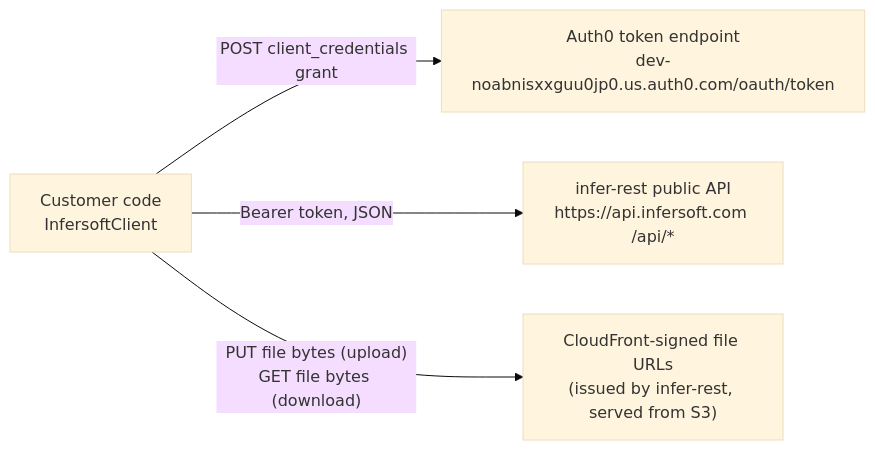
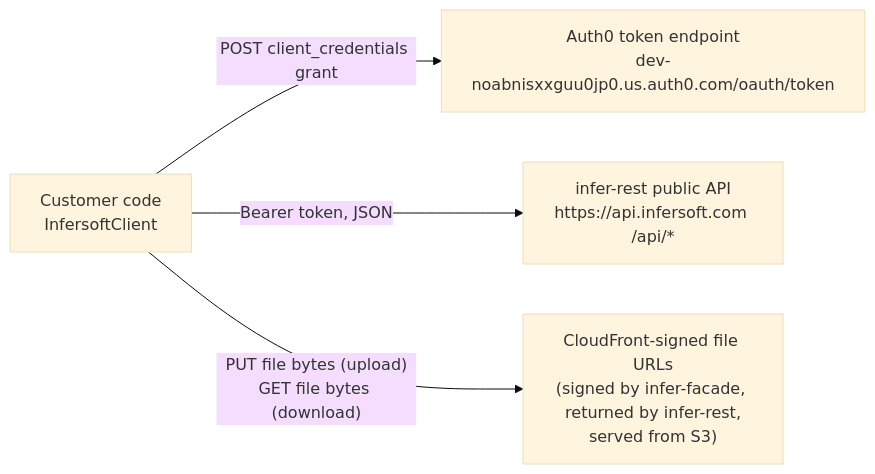
The first of 2 diagrams in docs/MAINTAINING.md (InferSoft-inc/infer-dotnet), drawn with Mermaid (base theme) before and after one commit. The commit also changed other lines of this file and 3 other files, not shown here.

````diff
--- a/docs/MAINTAINING.md
+++ b/docs/MAINTAINING.md
@@ -9,10 +9,10 @@
 ```mermaid
 flowchart LR
     app["Customer code<br/>InfersoftClient"]
     auth0["Auth0 token endpoint<br/>dev-noabnisxxguu0jp0.us.auth0.com/oauth/token"]
     rest["infer-rest public API<br/>https://api.infersoft.com /api/*"]
-    s3["CloudFront-signed file URLs<br/>(issued by infer-rest, served from S3)"]
+    s3["CloudFront-signed file URLs<br/>(signed by infer-facade, returned by infer-rest,<br/>served from S3)"]
     app -->|"POST client_credentials grant"| auth0
     app -->|"Bearer token, JSON"| rest
     app -->|"PUT file bytes (upload)<br/>GET file bytes (download)"| s3
 ```
````
